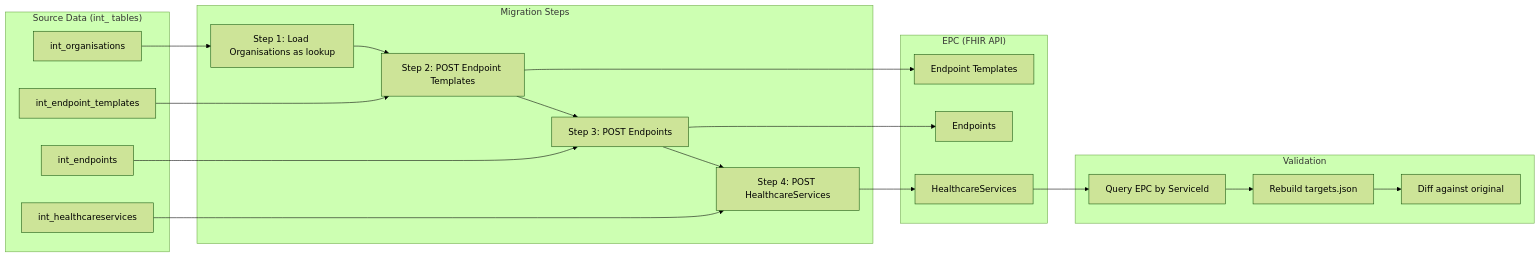
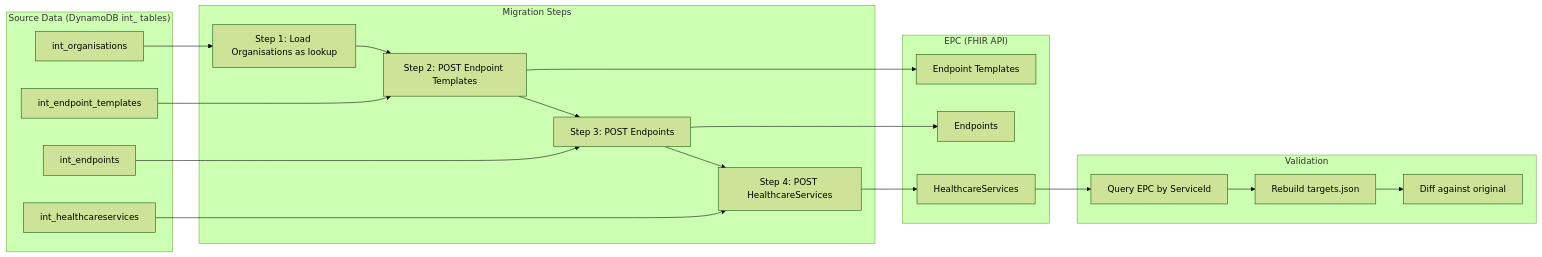
The first of 2 diagrams in Data Migration/Documentation/migration-process-design.md (RichardWardNHSD/epc-work), drawn with Mermaid (forest theme) before and after one commit. The commit also changed other lines of this file, not shown here.

Commit message:
Update migration source from CSV files to DynamoDB tables with scan queries

````diff
--- a/Data Migration/Documentation/migration-process-design.md
+++ b/Data Migration/Documentation/migration-process-design.md
@@ -11,42 +11,42 @@
 ```mermaid
 flowchart LR
-    subgraph Source["Source Data (int_ tables)"]
+    subgraph Source["Source Data (DynamoDB int_ tables)"]
         ORG[int_organisations]
         TPL[int_endpoint_templates]
         EP[int_endpoints]
         HCS[int_healthcareservices]
     end
 
     subgraph Process["Migration Steps"]
         S1[Step 1: Load Organisations as lookup]
         S2[Step 2: POST Endpoint Templates]
         S3[Step 3: POST Endpoints]
         S4[Step 4: POST HealthcareServices]
     end
 
     subgraph Target["EPC (FHIR API)"]
         FHIR_TPL[Endpoint Templates]
         FHIR_EP[Endpoints]
         FHIR_HCS[HealthcareServices]
     end
 
     subgraph Validate["Validation"]
         QUERY[Query EPC by ServiceId]
         REBUILD[Rebuild targets.json]
         COMPARE[Diff against original]
     end
 
     ORG --> S1
     TPL --> S2
     EP --> S3
     HCS --> S4
     S1 --> S2
     S2 --> FHIR_TPL
     S2 --> S3
     S3 --> FHIR_EP
     S3 --> S4
     S4 --> FHIR_HCS
     FHIR_HCS --> QUERY
     QUERY --> REBUILD
     REBUILD --> COMPARE
 ```
````
